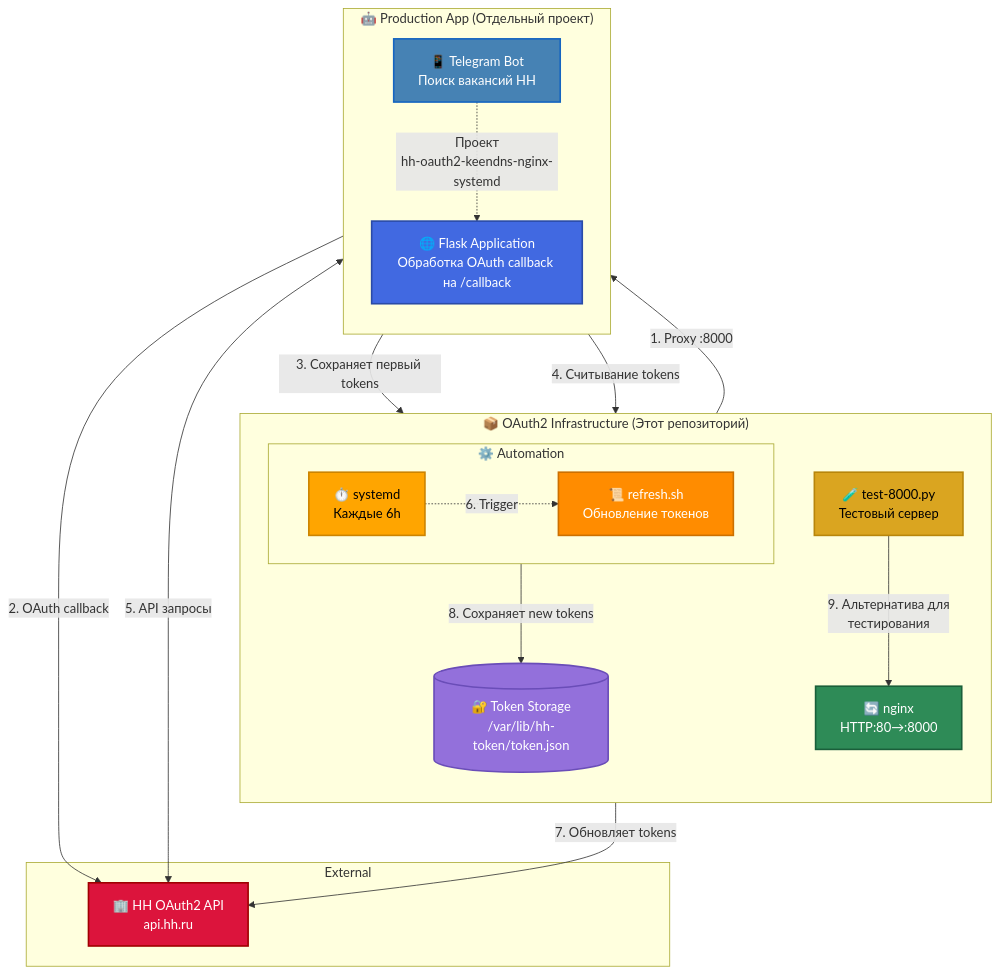
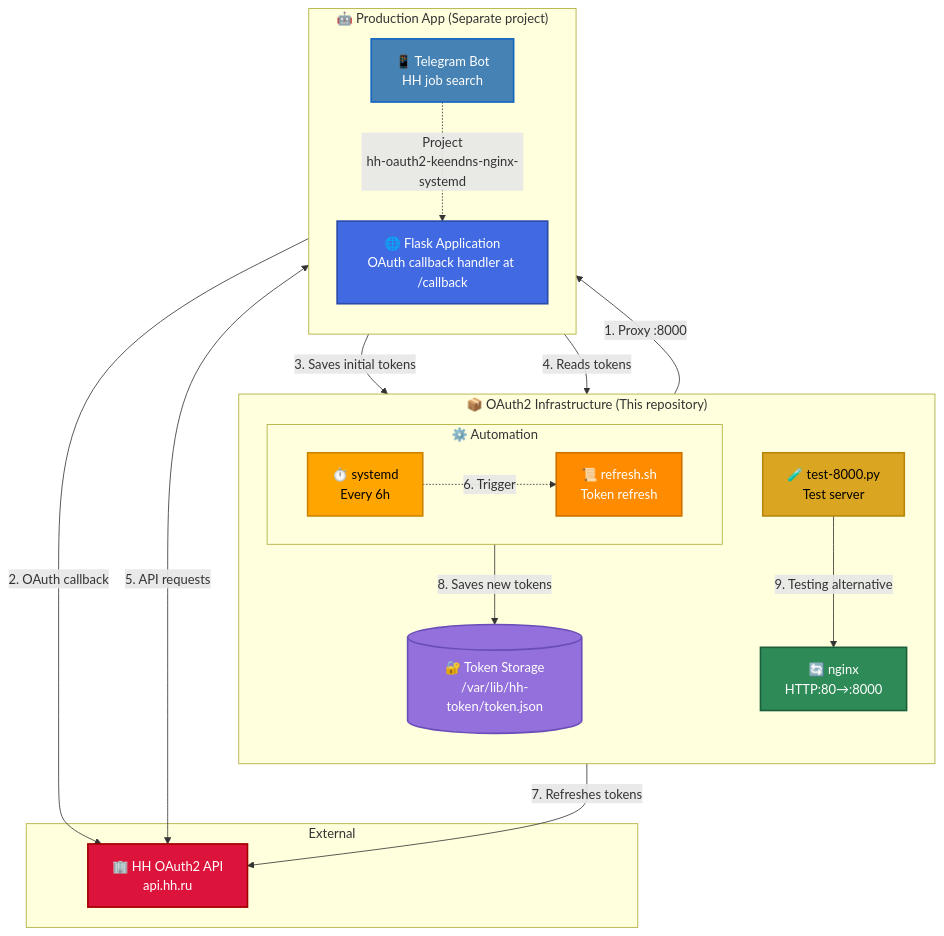
Before and after one commit to do6pbln9l/do6pbln9l: the diagram in README.md, drawn with Mermaid. The commit also changed other lines of this file, not shown here.

````diff
--- a/README.md
+++ b/README.md
@@ -56,60 +56,60 @@
 ```mermaid
 flowchart TB
-    
-    subgraph infra["📦 OAuth2 Infrastructure (Этот репозиторий)"]
+    subgraph infra["📦 OAuth2 Infrastructure (This repository)"]
         direction TB
         Nginx[🔄 nginx<br/>HTTP:80→:8000]
         
         subgraph automation["⚙️ Automation"]
             direction LR
-            Timer[⏱️ systemd<br/>Каждые 6h]
-            Script[📜 refresh.sh<br/>Обновление токенов]
+            Timer[⏱️ systemd<br/>Every 6h]
+            Script[📜 refresh.sh<br/>Token refresh]
         end
         
-        TestServer[🧪 test-8000.py<br/>Тестовый сервер]
+        TestServer[🧪 test-8000.py<br/>Test server]
         TokenStore[(🔐 Token Storage<br/>/var/lib/hh-token/token.json)]
     end
     
-    subgraph prod["🤖 Production App (Отдельный проект)"]
+    subgraph prod["🤖 Production App (Separate project)"]
         direction TB
-        TelegramBot[📱 Telegram Bot<br/>Поиск вакансий HH]
-        FlaskApp[🌐 Flask Application<br/>Обработка OAuth callback на /callback]
+        TelegramBot[📱 Telegram Bot<br/>HH job search]
+        FlaskApp[🌐 Flask Application<br/>OAuth callback handler at /callback]
         
-        TelegramBot -.->|Проект<br/>hh-oauth2-keendns-nginx-systemd| FlaskApp
+        TelegramBot -.->|Project<br/>hh-oauth2-keendns-nginx-systemd| FlaskApp
     end
     
     subgraph external["External"]
         HHAPI[🏢 HH OAuth2 API<br/>api.hh.ru]
     end
     
-    %% Connections / Связи между компонентами
-
-    %% Main Flow (OAuth) (основной поток):
+    %% Connections / Component interactions
+    
+    %% Main Flow (OAuth):
     Nginx -->|1. Proxy :8000| FlaskApp
     FlaskApp -->|2. OAuth callback| HHAPI
-    FlaskApp -->|3. Сохраняет первый tokens| TokenStore
-
-    %% Production Flow (работа приложения):
-    FlaskApp -->|4. Считывание tokens| TokenStore
-    TelegramBot <-->|5. API запросы| HHAPI
-
-    %% Token Refresh Flow (автоматизация):
+    FlaskApp -->|3. Saves initial tokens| TokenStore
+    
+    %% Production Flow:
+    FlaskApp -->|4. Reads tokens| TokenStore
+    TelegramBot <-->|5. API requests| HHAPI
+    
+    %% Token Refresh Flow:
     Timer -.->|6. Trigger| Script
-    Script -->|7. Обновляет tokens| HHAPI
-    Script -->|8. Сохраняет new tokens| TokenStore  
-
-    %% Testing (тестирование):
-    TestServer -->|9. Альтернатива для<br/>тестирования| Nginx
+    Script -->|7. Refreshes tokens| HHAPI
+    Script -->|8. Saves new tokens| TokenStore  
+    
+    %% Testing:
+    TestServer -->|9. Testing alternative| Nginx
     
     %% Styling
     style Nginx fill:#2E8B57,color:#FFFFFF,stroke:#1a5f3a,stroke-width:2px
     style Timer fill:#FFA500,color:#000000,stroke:#cc8400,stroke-width:2px
     style Script fill:#FF8C00,color:#FFFFFF,stroke:#cc7000,stroke-width:2px
     style TestServer fill:#DAA520,color:#000000,stroke:#b8860b,stroke-width:2px
     style TokenStore fill:#9370DB,color:#FFFFFF,stroke:#6a4db8,stroke-width:2px
     
     style TelegramBot fill:#4682B4,color:#FFFFFF,stroke:#1565c0,stroke-width:2px
     style FlaskApp fill:#4169E1,color:#FFFFFF,stroke:#2a4ba8,stroke-width:2px
     
     style HHAPI fill:#DC143C,color:#FFFFFF,stroke:#a00000,stroke-width:2px
+
 ```
````
